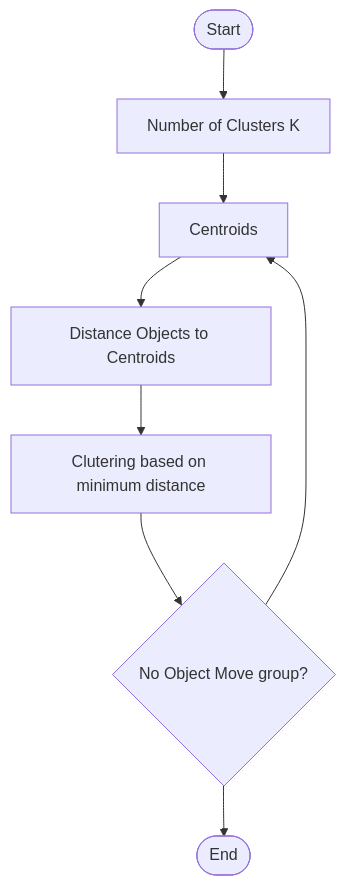
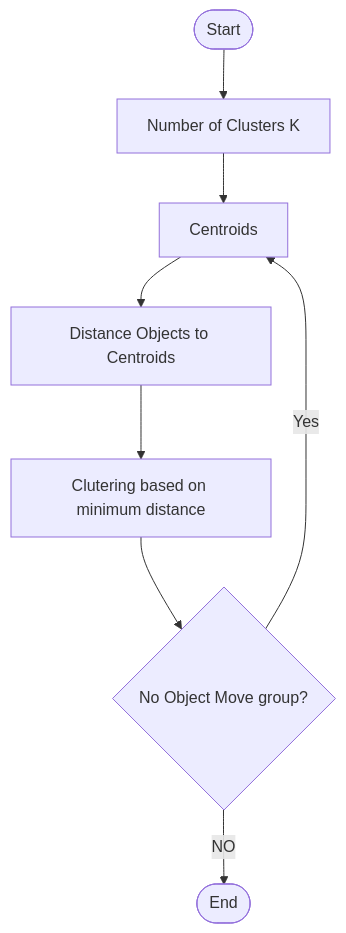
One commit to Parvez-Uni-Projects/Artificial_Intelligence changed the diagram in Machine Learning/K Means Clustering/readme.md. Above: the diagram before and after it, drawn with Mermaid.

Commit message:
update arrows

````diff
--- a/Machine Learning/K Means Clustering/readme.md
+++ b/Machine Learning/K Means Clustering/readme.md
@@ -18,17 +18,17 @@
 ```mermaid
 
 flowchart TD
     start--> numberOfCluster
     numberOfCluster --> findCentroid
     findCentroid --> D[Distance Objects to Centroids]
     D --> E[Clutering based on minimum distance]
      E --> check_movement
-    check_movement --> end_
-    check_movement --> findCentroid
+    check_movement -->|NO| end_
+    check_movement -->|Yes| findCentroid
 
     numberOfCluster[Number of Clusters K]
     findCentroid[Centroids]
     end_([End])
     start([Start])
     check_movement{"No Object Move group?"}
 ```
````
